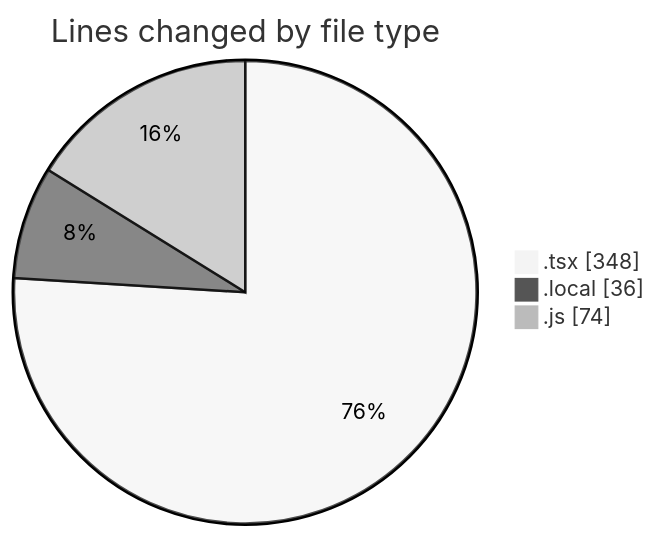
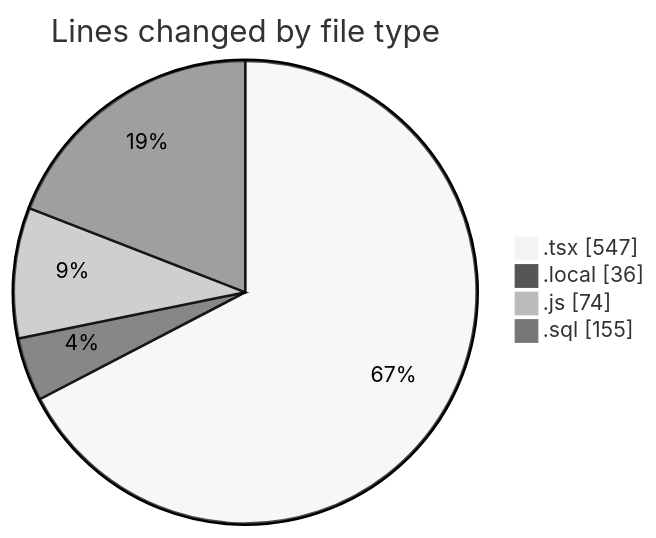
Before and after one commit to becaeroporto-bot/code-tracking: the first of 2 diagrams in 2026-02-16/chatbot-ui-main/README.md, drawn with Mermaid (neutral theme). The commit also changed other lines of this file and 1 other file, not shown here.

````diff
--- a/2026-02-16/chatbot-ui-main/README.md
+++ b/2026-02-16/chatbot-ui-main/README.md
@@ -23,7 +24,8 @@
 ```mermaid
 pie showData
 title Lines changed by file type
-".tsx" : 348
+".tsx" : 547
 ".local" : 36
 ".js" : 74
+".sql" : 155
 ```
````
